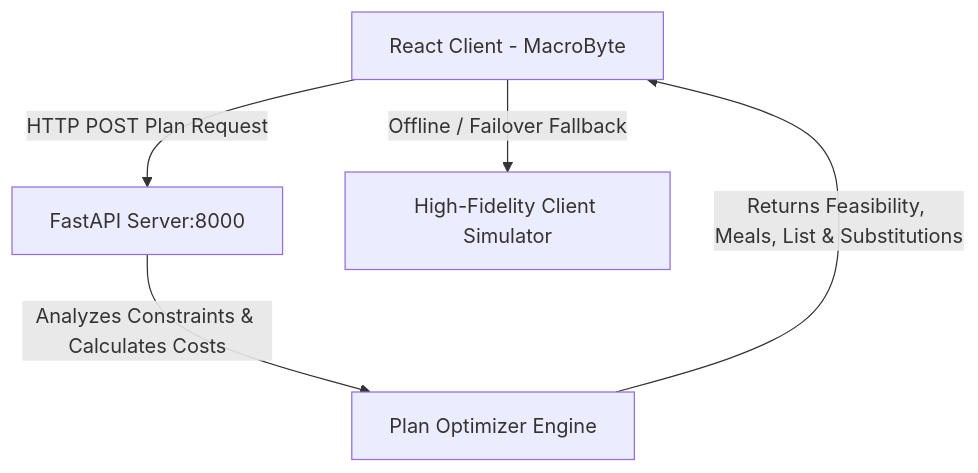
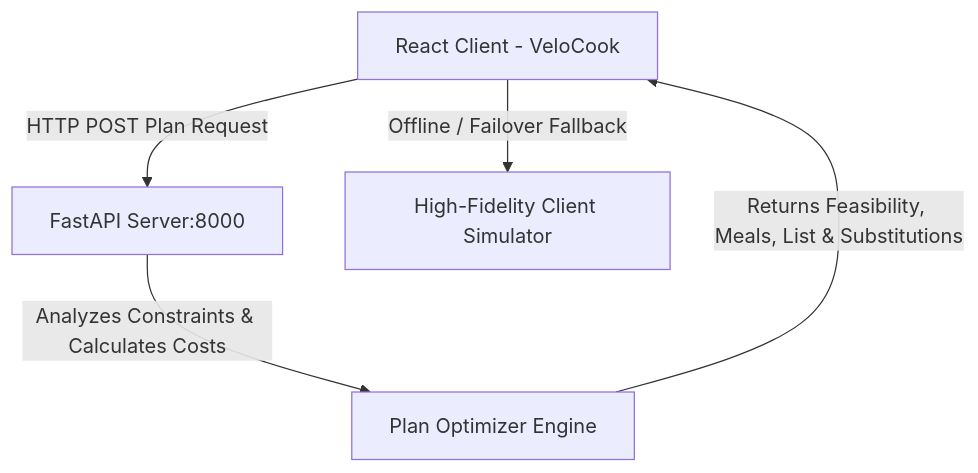
Before and after one commit to LuxShar007/VeloCook: the diagram in README.md, drawn with Mermaid. The commit also changed other lines of this file, not shown here.

Commit message:
docs: rebrand README.md fully to VeloCook

````diff
--- a/README.md
+++ b/README.md
@@ -11,7 +11,7 @@
 ```mermaid
 graph TD
-    A[React Client - MacroByte] -->|HTTP POST Plan Request| B[FastAPI Server:8000]
+    A[React Client - VeloCook] -->|HTTP POST Plan Request| B[FastAPI Server:8000]
     B -->|Analyzes Constraints & Calculates Costs| C[Plan Optimizer Engine]
     C -->|Returns Feasibility, Meals, List & Substitutions| A
     A -->|Offline / Failover Fallback| D[High-Fidelity Client Simulator]
 ```
````
